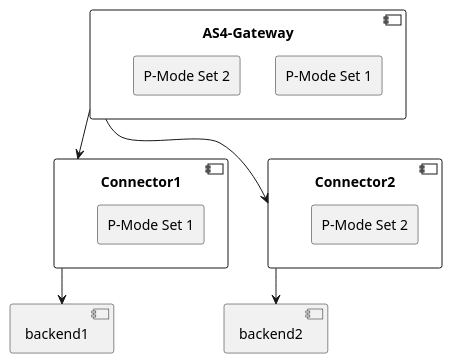
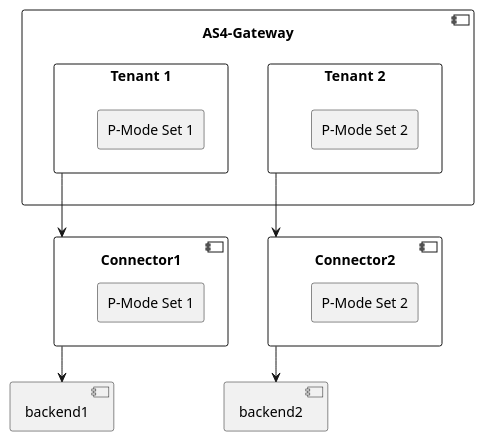
The fourth of 5 diagrams in domibusConnector/domibusConnectorDocumentation/src/asciidoc/doc/architecture/multiusecasepmode.adoc (muell16/domibusConnector), drawn with PlantUML before and after one commit. The commit also changed other lines of this file, not shown here.

```diff
--- a/domibusConnector/domibusConnectorDocumentation/src/asciidoc/doc/architecture/multiusecasepmode.adoc
+++ b/domibusConnector/domibusConnectorDocumentation/src/asciidoc/doc/architecture/multiusecasepmode.adoc
@@ -154,31 +162,35 @@
 [plantuml]
 ----
 @startuml
 
 component AS4_Gateway as "AS4-Gateway" {
-  rectangle pmode_set1 as "P-Mode Set 1"
-  rectangle pmode_set2 as "P-Mode Set 2"
+  rectangle AS4_Gateway_Tenant1 as "Tenant 1" {
+    rectangle pmode_set1 as "P-Mode Set 1"
+  }
+  rectangle AS4_Gateway_Tenant2 as "Tenant 2" {
+    rectangle pmode_set2 as "P-Mode Set 2"
+  }
 }
 
 component connector1 as "Connector1" {
   rectangle pmode_set1_ as "P-Mode Set 1"
 }
 component connector2 as "Connector2" {
   rectangle pmode_set2_ as "P-Mode Set 2"
 }
 
 component backend1
 
 component backend2
 
-AS4_Gateway -down-> connector1
-AS4_Gateway -down-> connector2
+AS4_Gateway_Tenant1 -down-> connector1
+AS4_Gateway_Tenant2 -down-> connector2
 
 connector1 -down-> backend1
 
 connector2 -down-> backend2
 
 
 
 @enduml
 ----
```
